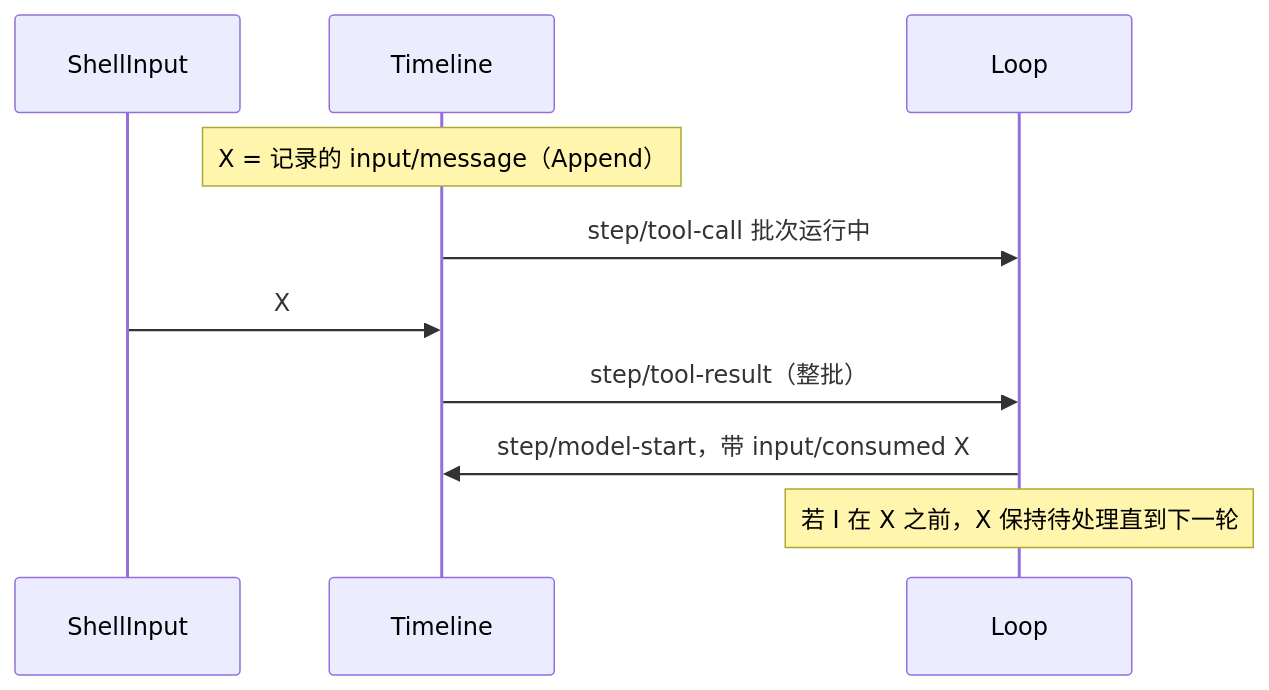
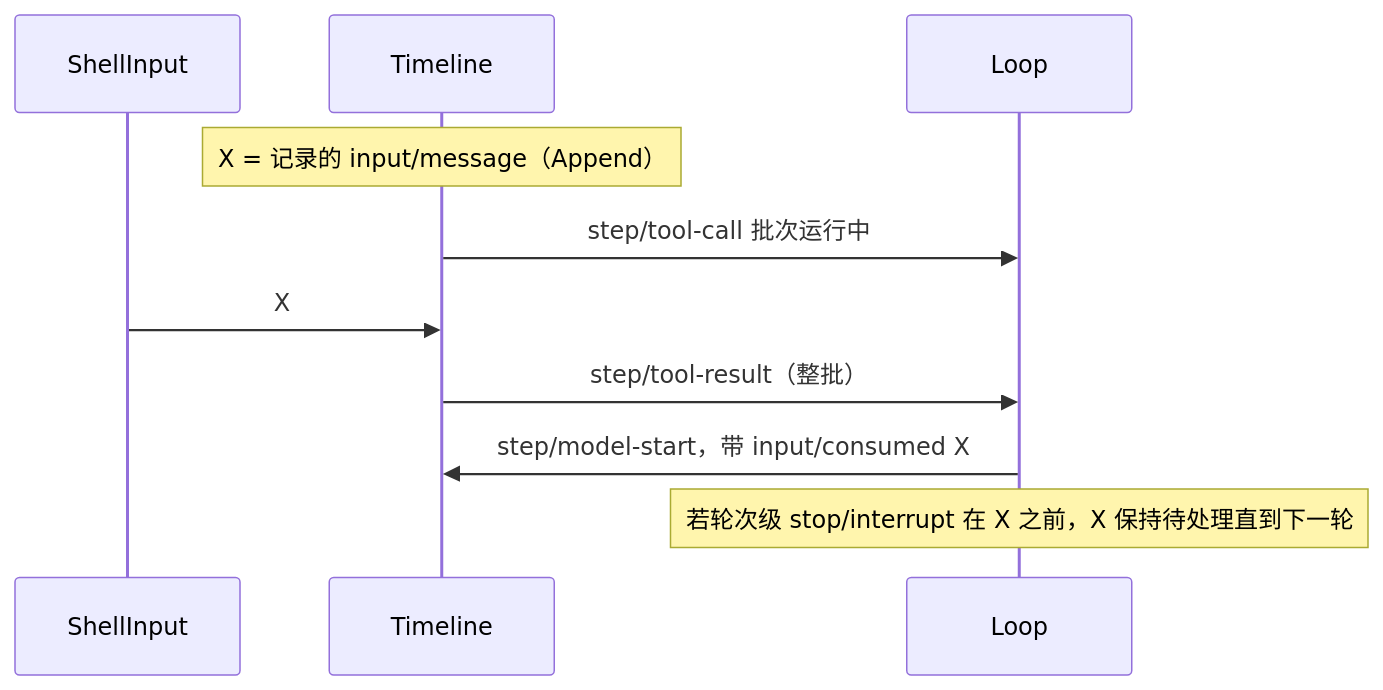
One commit to CoutinhoTTS/dim-agent changed the fifth of 5 diagrams in docs/zh/design/plugins/ShellInput.md. Above: the diagram before and after it, drawn with Mermaid. The commit also changed other lines of this file and 40 other files, not shown here.

````diff
--- a/docs/zh/design/plugins/ShellInput.md
+++ b/docs/zh/design/plugins/ShellInput.md
@@ -115,12 +115,12 @@
 ```mermaid
 sequenceDiagram
   participant SI as ShellInput
   participant TL as Timeline
   participant L as Loop
   Note over TL: X = 记录的 input/message（Append）
   TL->>L: step/tool-call 批次运行中
   SI->>TL: X
   TL->>L: step/tool-result（整批）
   L->>TL: step/model-start，带 input/consumed X
-  Note over L: 若 I 在 X 之前，X 保持待处理直到下一轮
+  Note over L: 若轮次级 stop/interrupt 在 X 之前，X 保持待处理直到下一轮
 ```
````
